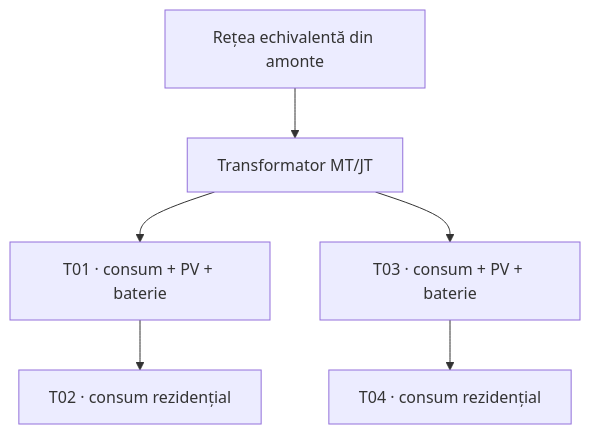
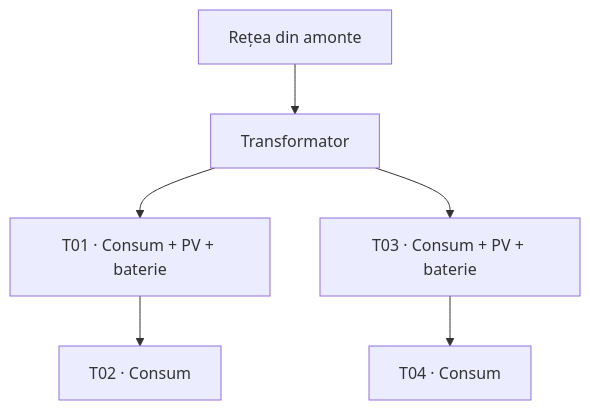
Before and after one commit to Copernicus12/electrical-distribution-IOT-platform: the first of 2 diagrams in README.md, drawn with Mermaid. The commit also changed other lines of this file, not shown here.

````diff
--- a/README.md
+++ b/README.md
@@ -76,8 +15,8 @@
 ```mermaid
 flowchart TD
-    GRID["Rețea echivalentă din amonte"] --> TR["Transformator MT/JT"]
-    TR --> A["T01 · consum + PV + baterie"]
-    TR --> C["T03 · consum + PV + baterie"]
-    A --> B["T02 · consum rezidențial"]
-    C --> D["T04 · consum rezidențial"]
+    GRID["Rețea din amonte"] --> TR["Transformator"]
+    TR --> T01["T01 · Consum + PV + baterie"]
+    TR --> T03["T03 · Consum + PV + baterie"]
+    T01 --> T02["T02 · Consum"]
+    T03 --> T04["T04 · Consum"]
 ```
````
